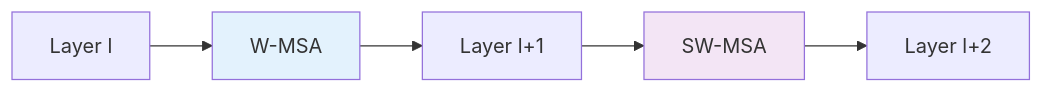
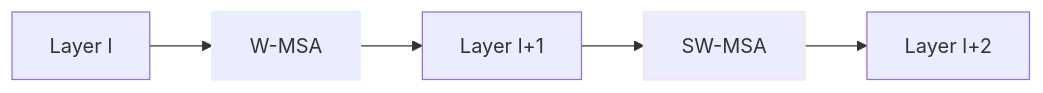
One commit to c0z0c/sprint_mission changed the second of 3 diagrams in 스터디/IS_10_modern_architectures.md. Above: the diagram before and after it, drawn with Mermaid. The commit also changed other lines of this file and 14 other files, not shown here.

````diff
--- a/스터디/IS_10_modern_architectures.md
+++ b/스터디/IS_10_modern_architectures.md
@@ -273,10 +273,10 @@
 ```mermaid
 graph LR
     A["Layer l"] --> B["W-MSA"]
     B --> C["Layer l+1"] 
     C --> D["SW-MSA"]
     D --> E["Layer l+2"]
     
-    style B fill:#e3f2fd
-    style D fill:#f3e5f5
+    style B stroke-width:2px,stroke:#e3f2fd
+    style D stroke-width:2px,stroke:#f3e5f5
 ```
````
